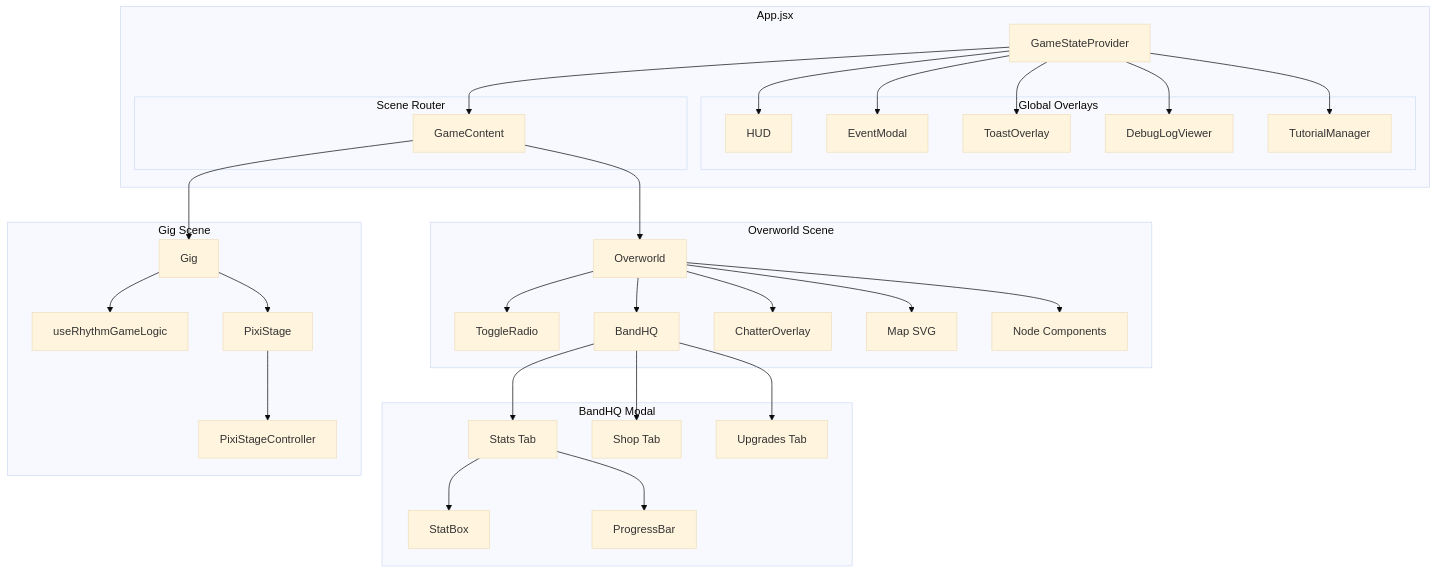
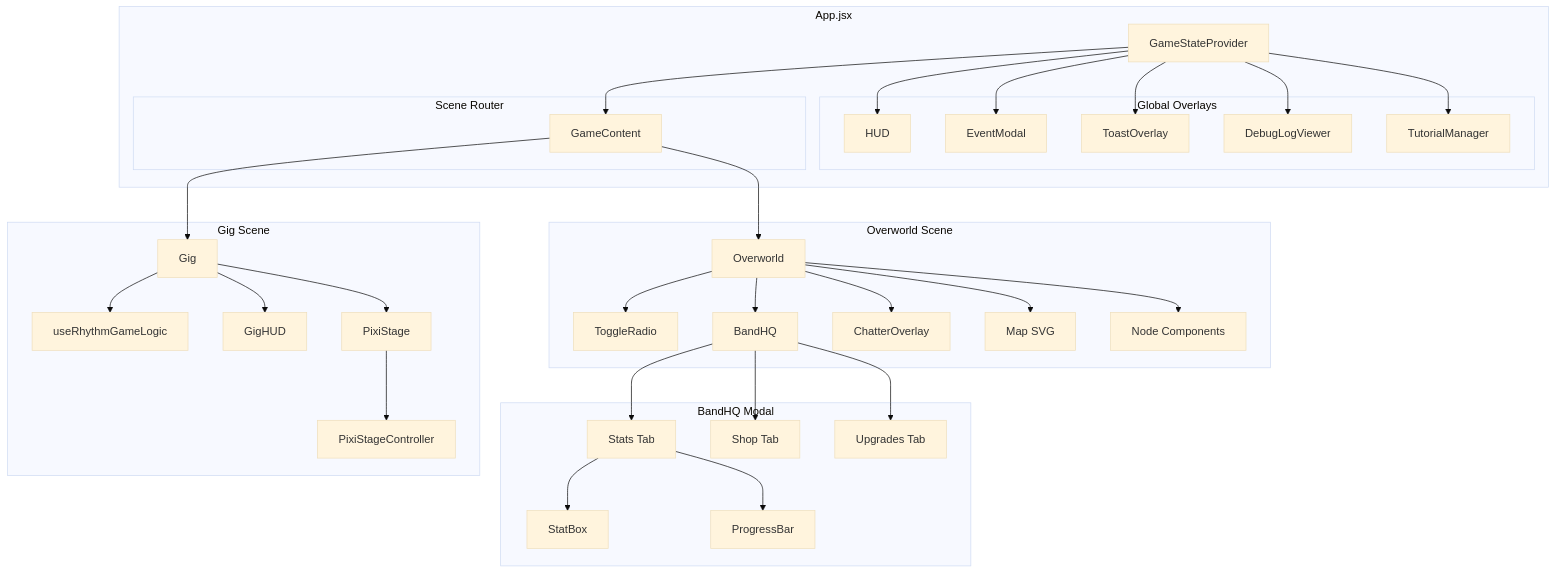
One commit to DaFum/neurotoxic-game changed the sixth of 8 diagrams in docs/ARCHITECTURE.md. Above: the diagram before and after it, drawn with Mermaid (base theme). The commit also changed other lines of this file and 1 other file, not shown here.

Commit message:
feat: Add toxic mode full-screen border flash to GigHUD

````diff
--- a/docs/ARCHITECTURE.md
+++ b/docs/ARCHITECTURE.md
@@ -293,67 +295,69 @@
 ```mermaid
 graph TB
     subgraph "App.jsx"
         GSP[GameStateProvider]
 
         subgraph "Global Overlays"
             HUD[HUD]
             EM[EventModal]
             Toast[ToastOverlay]
             Debug[DebugLogViewer]
             TM[TutorialManager]
         end
 
         subgraph "Scene Router"
             GC[GameContent]
         end
     end
 
     GSP --> GC
     GSP --> HUD
     GSP --> EM
     GSP --> Toast
     GSP --> Debug
     GSP --> TM
 
     subgraph "Overworld Scene"
         OW[Overworld]
         TR[ToggleRadio]
         BHQ[BandHQ]
         CO[ChatterOverlay]
         MapSVG[Map SVG]
         Nodes[Node Components]
     end
 
     GC --> OW
     OW --> TR
     OW --> BHQ
     OW --> CO
     OW --> MapSVG
     OW --> Nodes
 
     subgraph "BandHQ Modal"
         Stats[Stats Tab]
         Shop[Shop Tab]
         Upgrades[Upgrades Tab]
         SB[StatBox]
         PB[ProgressBar]
     end
 
     BHQ --> Stats
     BHQ --> Shop
     BHQ --> Upgrades
     Stats --> SB
     Stats --> PB
 
     subgraph "Gig Scene"
         Gig[Gig]
         RGL[useRhythmGameLogic]
+        GH[GigHUD]
         PS[PixiStage]
         PSC[PixiStageController]
     end
 
     GC --> Gig
     Gig --> RGL
+    Gig --> GH
     Gig --> PS
     PS --> PSC
 ```
````
